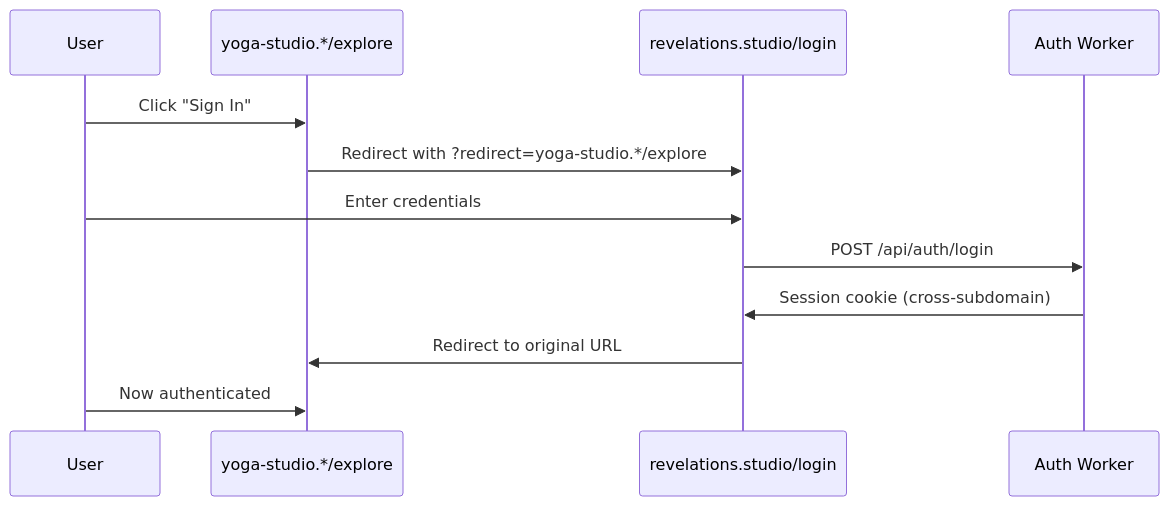
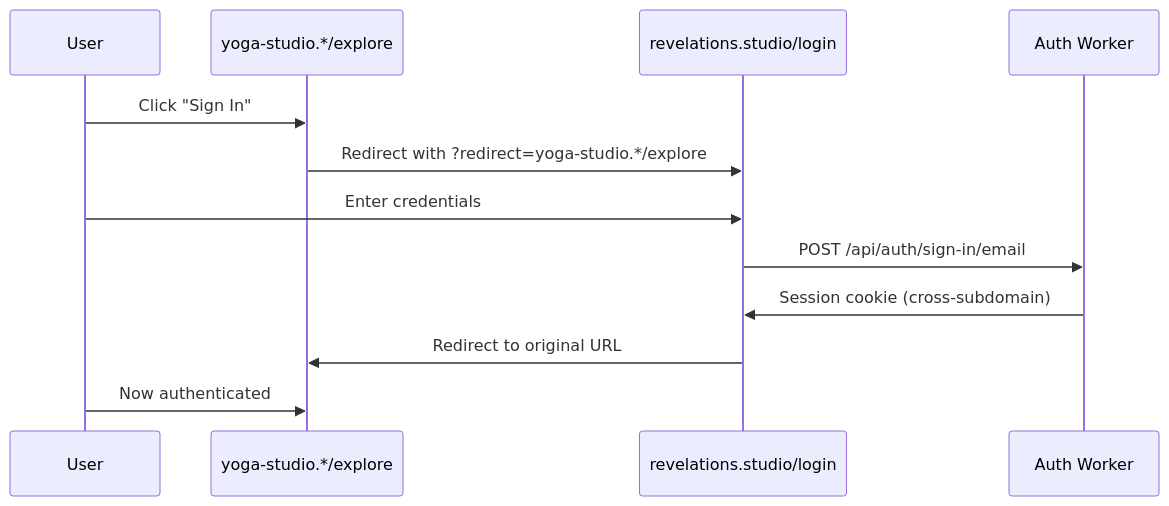
Before and after one commit to brucemckayone/codex: the seventh of 7 diagrams in design/frontend/ROUTING.md, drawn with Mermaid. The commit also changed other lines of this file and 7 other files, not shown here.

````diff
--- a/design/frontend/ROUTING.md
+++ b/design/frontend/ROUTING.md
@@ -361,15 +361,15 @@
 ```mermaid
 sequenceDiagram
     participant User
     participant OrgPage as yoga-studio.*/explore
     participant AuthPage as revelations.studio/login
     participant AuthWorker as Auth Worker
 
     User->>OrgPage: Click "Sign In"
     OrgPage->>AuthPage: Redirect with ?redirect=yoga-studio.*/explore
     User->>AuthPage: Enter credentials
-    AuthPage->>AuthWorker: POST /api/auth/login
+    AuthPage->>AuthWorker: POST /api/auth/sign-in/email
     AuthWorker->>AuthPage: Session cookie (cross-subdomain)
     AuthPage->>OrgPage: Redirect to original URL
     User->>OrgPage: Now authenticated
 ```
````
